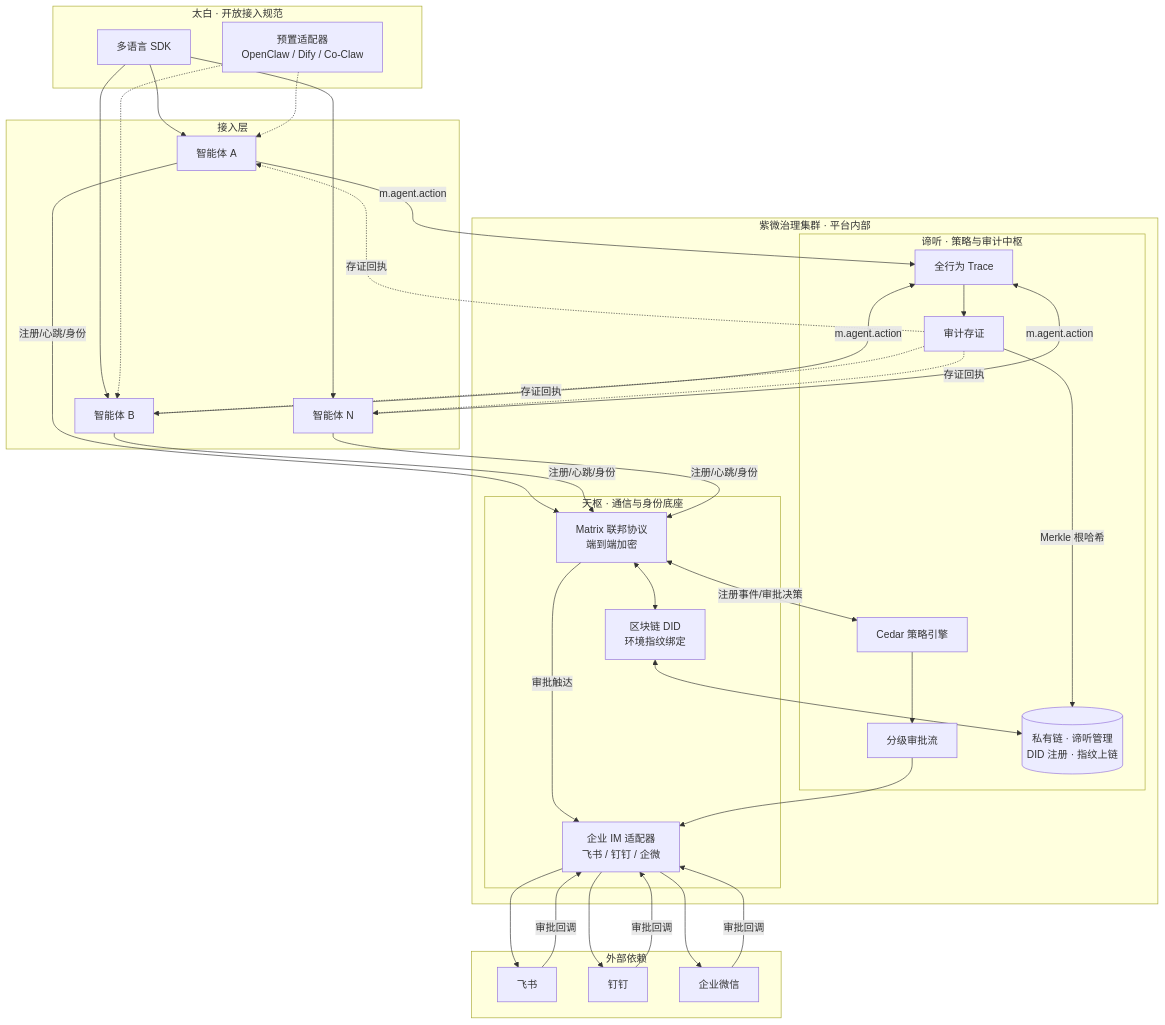
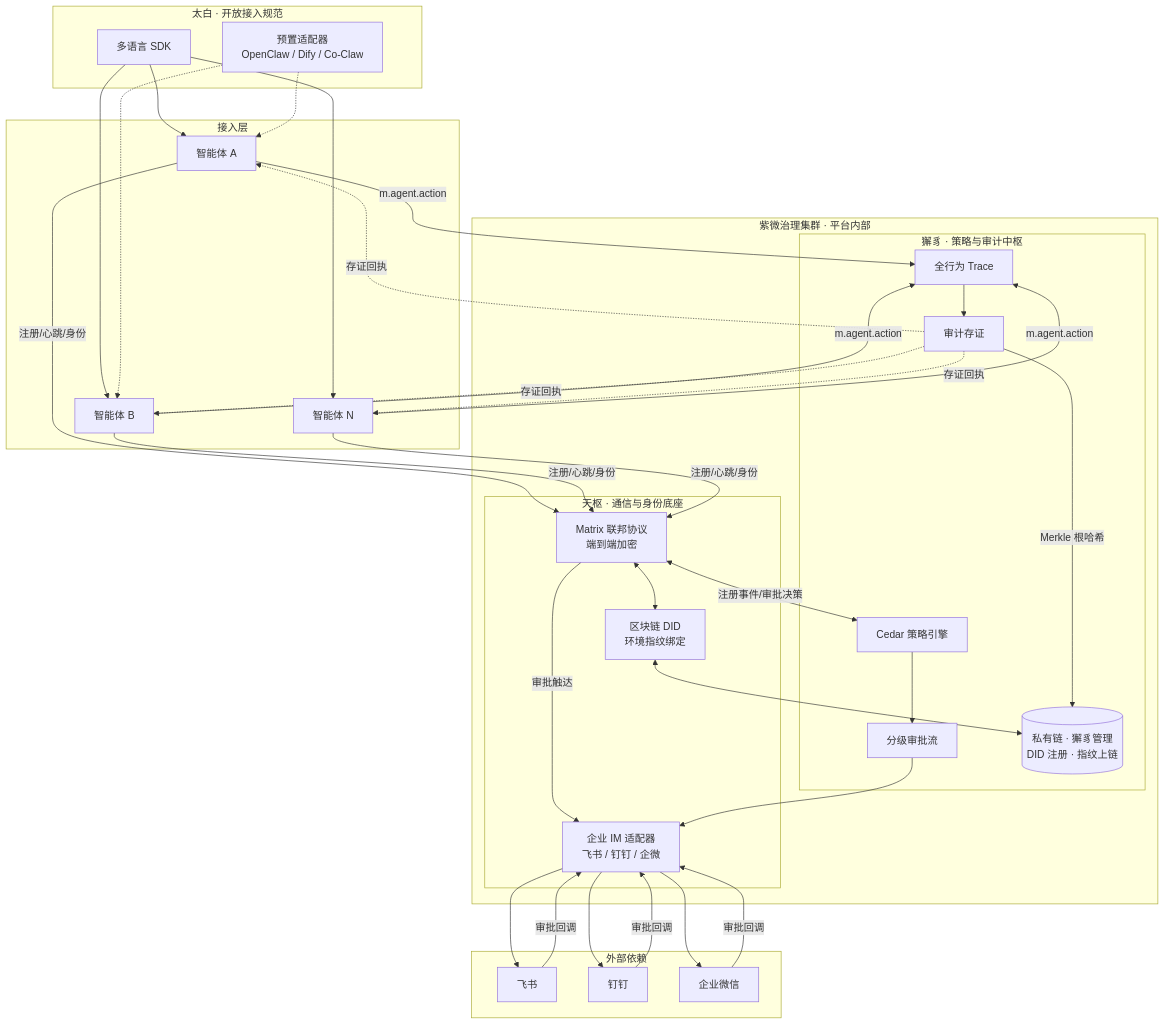
The diagram in docs/open/technical/紫微智能体治理基础设施-技术方案.md (ZiweiAxis/nezha), drawn with Mermaid before and after one commit. The commit also changed other lines of this file and 45 other files, not shown here.

````diff
--- a/docs/open/technical/紫微智能体治理基础设施-技术方案.md
+++ b/docs/open/technical/紫微智能体治理基础设施-技术方案.md
@@ -27,52 +27,52 @@
 ```mermaid
 flowchart TB
     subgraph 接入层["接入层"]
         A1[智能体 A]
         A2[智能体 B]
         A3[智能体 N]
     end
 
     subgraph 太白["太白 · 开放接入规范"]
         SDK[多语言 SDK]
         ADAPTER[预置适配器<br/>OpenClaw / Dify / Co-Claw]
         SDK --> A1 & A2 & A3
         ADAPTER -.-> A1 & A2
     end
 
     subgraph 平台["紫微治理集群 · 平台内部"]
         subgraph 天枢["天枢 · 通信与身份底座"]
             MATRIX[Matrix 联邦协议<br/>端到端加密]
             DID[区块链 DID<br/>环境指纹绑定]
             IM[企业 IM 适配器<br/>飞书 / 钉钉 / 企微]
         end
 
-        subgraph 谛听["谛听 · 策略与审计中枢"]
+        subgraph 獬豸["獬豸 · 策略与审计中枢"]
             CEDAR[Cedar 策略引擎]
             APPROVAL[分级审批流]
             TRACE[全行为 Trace]
             AUDIT[审计存证]
-            CHAIN[(私有链 · 谛听管理<br/>DID 注册 · 指纹上链)]
+            CHAIN[(私有链 · 獬豸管理<br/>DID 注册 · 指纹上链)]
         end
     end
 
     subgraph 外部["外部依赖"]
         FEISHU[飞书]
         DING[钉钉]
         WXWORK[企业微信]
     end
 
     A1 & A2 & A3 -->|注册/心跳/身份| MATRIX
     MATRIX <--> DID
     DID <--> CHAIN
     MATRIX -->|审批触达| IM
     IM --> FEISHU & DING & WXWORK
     FEISHU & DING & WXWORK -->|审批回调| IM
 
     MATRIX <-->|注册事件/审批决策| CEDAR
     CEDAR --> APPROVAL
     APPROVAL --> IM
     A1 & A2 & A3 -->|m.agent.action| TRACE
     TRACE --> AUDIT
     AUDIT -->|Merkle 根哈希| CHAIN
     AUDIT -.->|存证回执| A1 & A2 & A3
 ```
````
